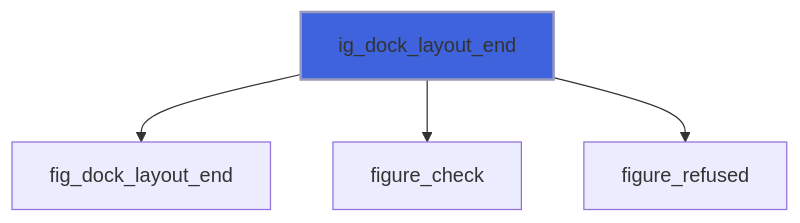
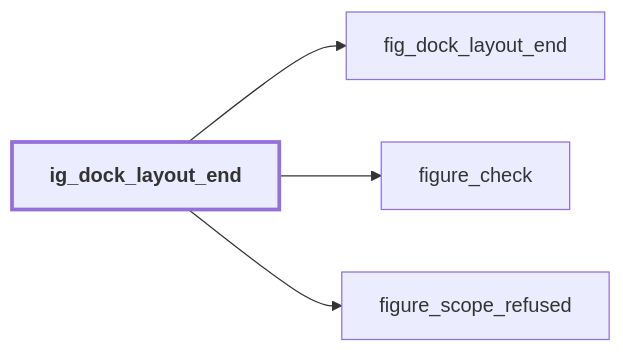
One commit to szaghi/figure changed the fifth of 9 diagrams in docs/api/src/lib/figure_dock.md. Above: the diagram before and after it, drawn with Mermaid. The commit also changed other lines of this file and 54 other files, not shown here.

````diff
--- a/docs/api/src/lib/figure_dock.md
+++ b/docs/api/src/lib/figure_dock.md
@@ -169,7 +190,11 @@
 ```mermaid
-flowchart TD
+flowchart LR
   ig_dock_layout_end["ig_dock_layout_end"] --> fig_dock_layout_end["fig_dock_layout_end"]
   ig_dock_layout_end["ig_dock_layout_end"] --> figure_check["figure_check"]
-  ig_dock_layout_end["ig_dock_layout_end"] --> figure_refused["figure_refused"]
-  style ig_dock_layout_end fill:#3e63dd,stroke:#99b,stroke-width:2px
+  ig_dock_layout_end["ig_dock_layout_end"] --> figure_scope_refused["figure_scope_refused"]
+  classDef focus stroke-width:3px,font-weight:bold
+  class ig_dock_layout_end focus
+  click figure_scope_refused href "figure_base.html#figure-scope-refused" "figure_scope_refused"
+  click figure_check href "figure_base.html#figure-check" "figure_check"
+  click fig_dock_layout_end href "figure_c_native.html#fig-dock-layout-end" "fig_dock_layout_end"
 ```
````
